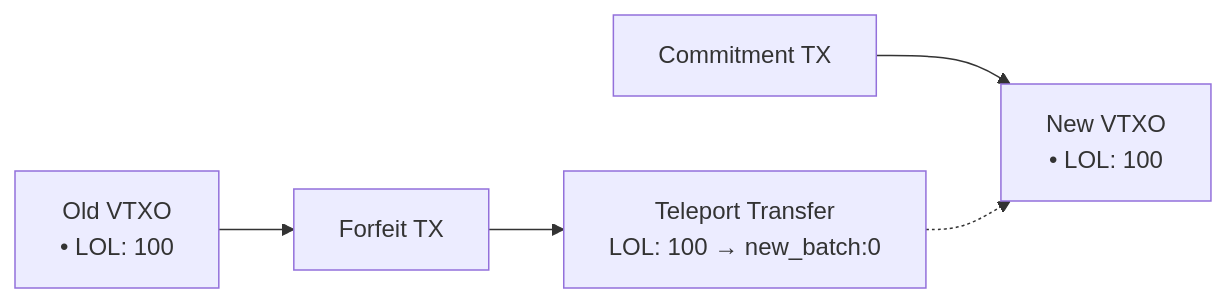
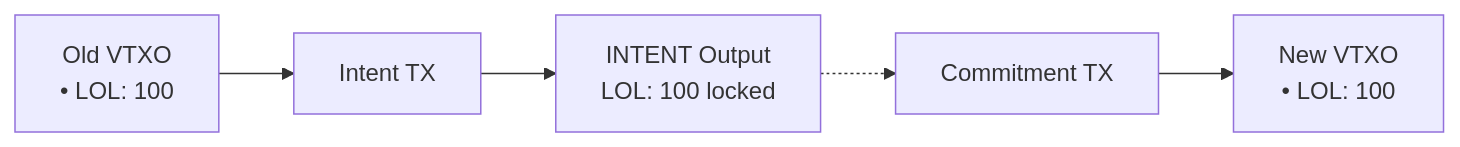
Before and after one commit to ArkLabsHQ/arkade-assets: the diagram in arkade-assets.md, drawn with Mermaid. The commit also changed other lines of this file and 6 other files, not shown here.

````diff
--- a/arkade-assets.md
+++ b/arkade-assets.md
@@ -436,7 +330,7 @@
 ```mermaid
 graph LR
-    A[Old VTXO<br/>• LOL: 100] --> B[Forfeit TX]
-    B --> C[Teleport Transfer<br/>LOL: 100 → new_batch:0]
+    A[Old VTXO<br/>• LOL: 100] --> B[Intent TX]
+    B --> C[INTENT Output<br/>LOL: 100 locked]
     D[Commitment TX] --> E[New VTXO<br/>• LOL: 100]
-    C -.-> E
+    C -.-> D
 ```
````
